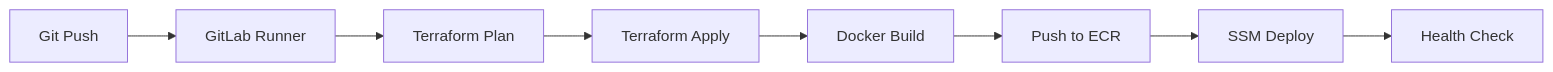
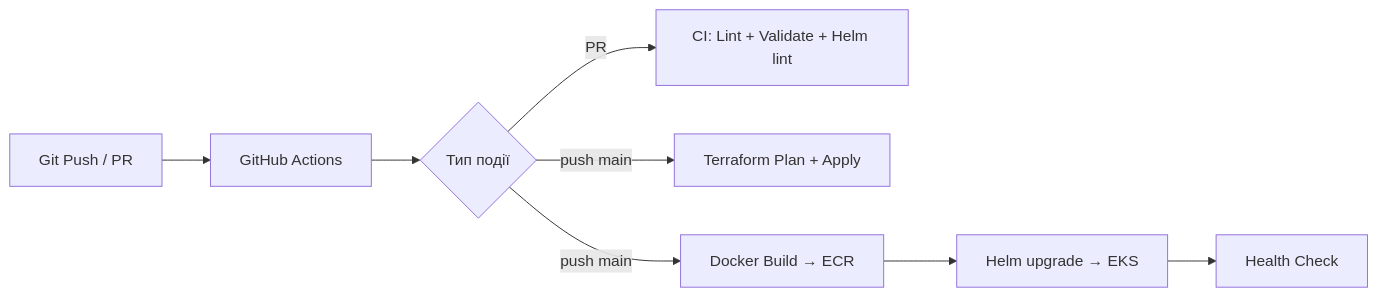
Before and after one commit to v-semeniy/infragit: the diagram in README.md, drawn with Mermaid. The commit also changed other lines of this file and 3 other files, not shown here.

Commit message:
ci: add GitHub Actions workflows (CI/CD/Terraform)

````diff
--- a/README.md
+++ b/README.md
@@ -265,10 +268,10 @@
 ```mermaid
 graph LR
-    A[Git Push] --> B[GitLab Runner]
-    B --> C[Terraform Plan]
-    C --> D[Terraform Apply]
-    D --> E[Docker Build]
-    E --> F[Push to ECR]
-    F --> G[SSM Deploy]
+    A[Git Push / PR] --> B[GitHub Actions]
+    B --> C{Тип події}
+    C -->|PR| D[CI: Lint + Validate + Helm lint]
+    C -->|push main| E[Terraform Plan + Apply]
+    C -->|push main| F[Docker Build → ECR]
+    F --> G[Helm upgrade → EKS]
     G --> H[Health Check]
 ```
````
